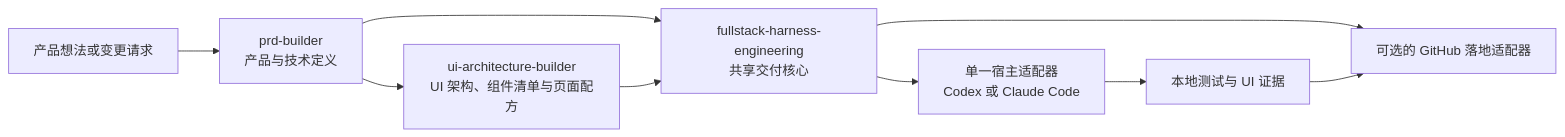
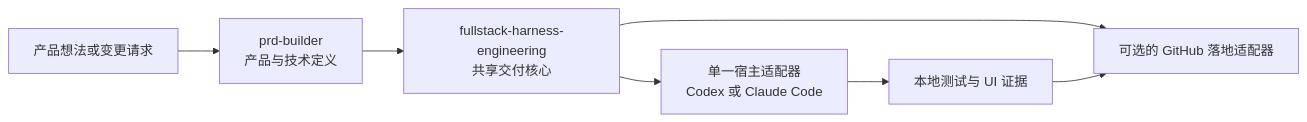
Before and after one commit to Phlegonlabs/product-delivery-harness: the first of 2 diagrams in README.zh-CN.md, drawn with Mermaid. The commit also changed other lines of this file and 148 other files, not shown here.

First line of the commit message:
Fold the design system into prd-builder, close the correction loop, and make development the pushed branch (#40)

````diff
--- a/README.zh-CN.md
+++ b/README.zh-CN.md
@@ -67,11 +65,9 @@
 ```mermaid
 flowchart LR
   Idea["产品想法或变更请求"] --> PRD["prd-builder\n产品与技术定义"]
-  PRD --> Design["ui-architecture-builder\nUI 架构、组件清单与页面配方"]
   PRD --> Harness["fullstack-harness-engineering\n共享交付核心"]
-  Design --> Harness
   Harness --> Runtime["单一宿主适配器\nCodex 或 Claude Code"]
   Harness --> Landing["可选的 GitHub 落地适配器"]
   Runtime --> Evidence["本地测试与 UI 证据"]
   Evidence --> Landing
 ```
````
